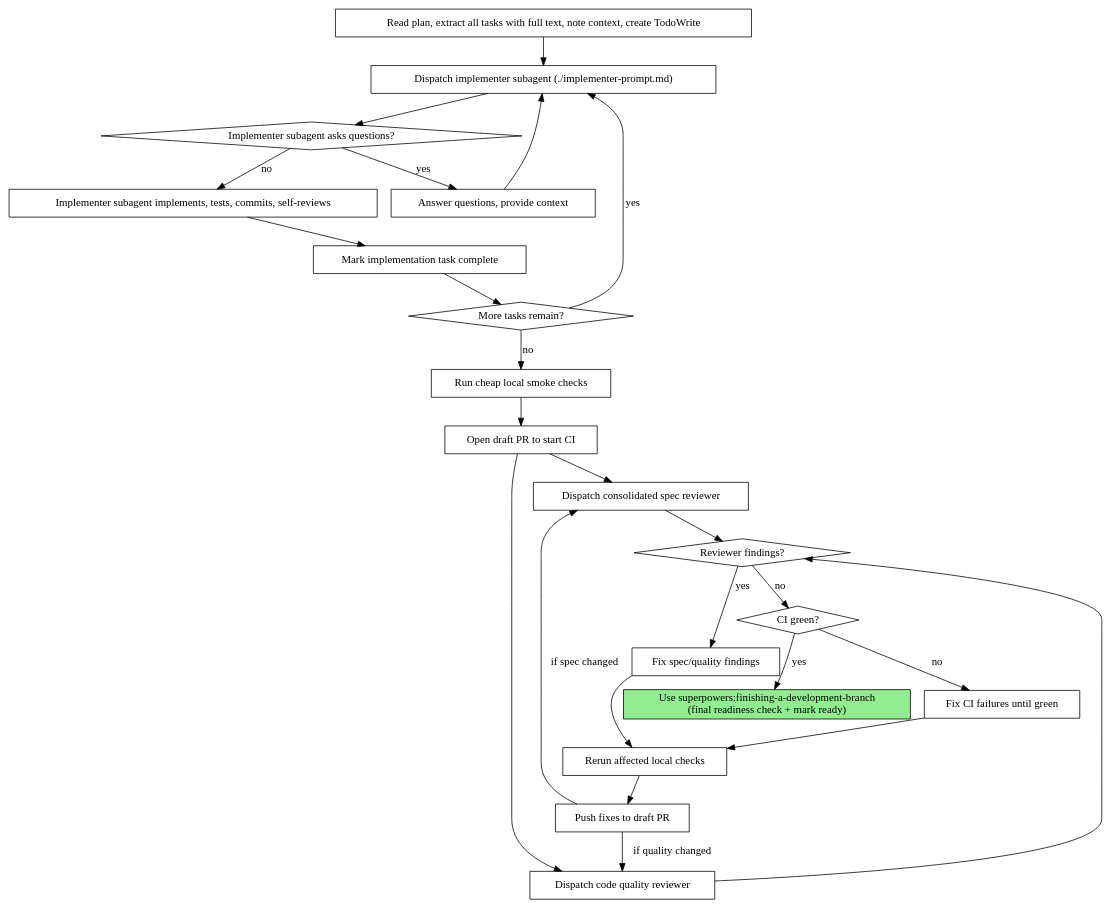
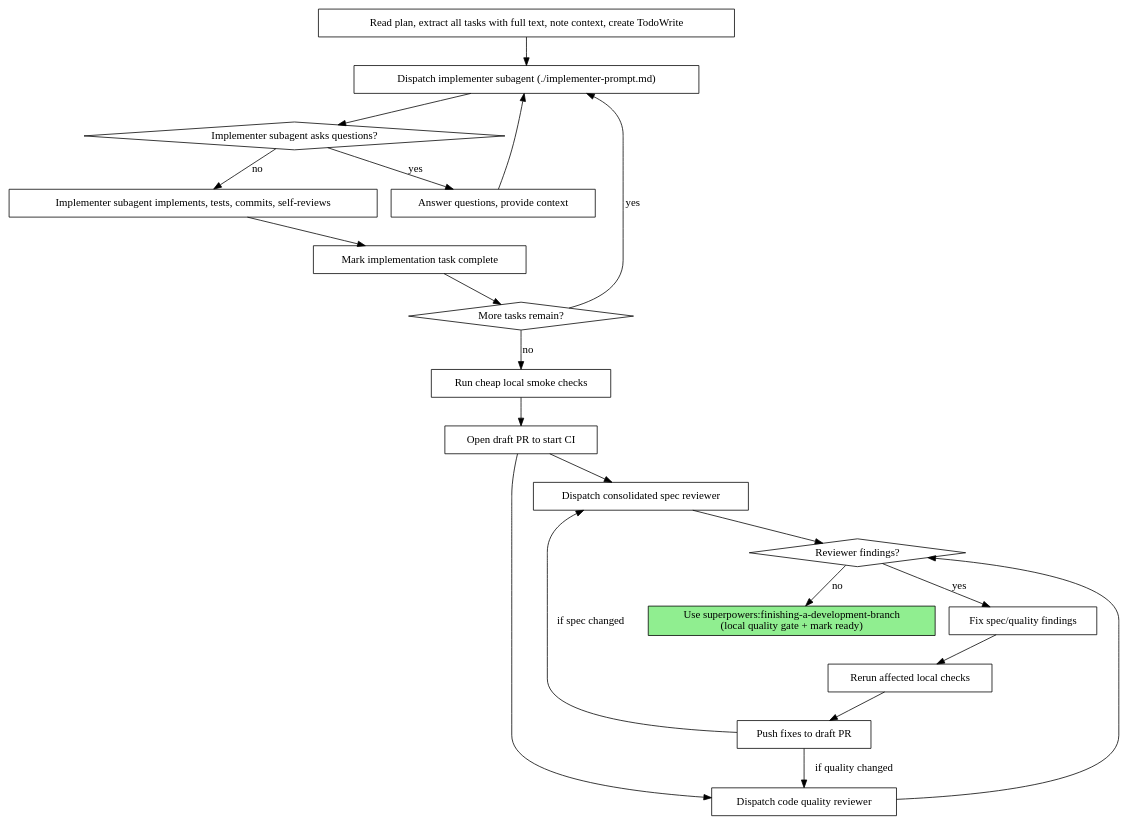
One commit to membphis/superpowers changed the second of 2 diagrams in skills/subagent-driven-development/SKILL.md. Above: the diagram before and after it, drawn with Graphviz. The commit also changed other lines of this file and 4 other files, not shown here.

````diff
--- a/skills/subagent-driven-development/SKILL.md
+++ b/skills/subagent-driven-development/SKILL.md
@@ -45,48 +45,43 @@
 ```dot
 digraph process {
     rankdir=TB;
 
     "Read plan, extract all tasks with full text, note context, create TodoWrite" [shape=box];
     "Dispatch implementer subagent (./implementer-prompt.md)" [shape=box];
     "Implementer subagent asks questions?" [shape=diamond];
     "Answer questions, provide context" [shape=box];
     "Implementer subagent implements, tests, commits, self-reviews" [shape=box];
     "Mark implementation task complete" [shape=box];
     "More tasks remain?" [shape=diamond];
     "Run cheap local smoke checks" [shape=box];
     "Open draft PR to start CI" [shape=box];
     "Dispatch consolidated spec reviewer" [shape=box];
     "Dispatch code quality reviewer" [shape=box];
     "Reviewer findings?" [shape=diamond];
     "Fix spec/quality findings" [shape=box];
     "Rerun affected local checks" [shape=box];
     "Push fixes to draft PR" [shape=box];
-    "CI green?" [shape=diamond];
-    "Fix CI failures until green" [shape=box];
-    "Use superpowers:finishing-a-development-branch\n(final readiness check + mark ready)" [shape=box style=filled fillcolor=lightgreen];
+    "Use superpowers:finishing-a-development-branch\n(local quality gate + mark ready)" [shape=box style=filled fillcolor=lightgreen];
 
     "Read plan, extract all tasks with full text, note context, create TodoWrite" -> "Dispatch implementer subagent (./implementer-prompt.md)";
     "Dispatch implementer subagent (./implementer-prompt.md)" -> "Implementer subagent asks questions?";
     "Implementer subagent asks questions?" -> "Answer questions, provide context" [label="yes"];
     "Answer questions, provide context" -> "Dispatch implementer subagent (./implementer-prompt.md)";
     "Implementer subagent asks questions?" -> "Implementer subagent implements, tests, commits, self-reviews" [label="no"];
     "Implementer subagent implements, tests, commits, self-reviews" -> "Mark implementation task complete";
     "Mark implementation task complete" -> "More tasks remain?";
     "More tasks remain?" -> "Dispatch implementer subagent (./implementer-prompt.md)" [label="yes"];
     "More tasks remain?" -> "Run cheap local smoke checks" [label="no"];
     "Run cheap local smoke checks" -> "Open draft PR to start CI";
     "Open draft PR to start CI" -> "Dispatch consolidated spec reviewer";
     "Open draft PR to start CI" -> "Dispatch code quality reviewer";
     "Dispatch consolidated spec reviewer" -> "Reviewer findings?";
     "Dispatch code quality reviewer" -> "Reviewer findings?";
     "Reviewer findings?" -> "Fix spec/quality findings" [label="yes"];
     "Fix spec/quality findings" -> "Rerun affected local checks";
     "Rerun affected local checks" -> "Push fixes to draft PR";
     "Push fixes to draft PR" -> "Dispatch consolidated spec reviewer" [label="if spec changed"];
     "Push fixes to draft PR" -> "Dispatch code quality reviewer" [label="if quality changed"];
-    "Reviewer findings?" -> "CI green?" [label="no"];
-    "CI green?" -> "Fix CI failures until green" [label="no"];
-    "Fix CI failures until green" -> "Rerun affected local checks";
-    "CI green?" -> "Use superpowers:finishing-a-development-branch\n(final readiness check + mark ready)" [label="yes"];
+    "Reviewer findings?" -> "Use superpowers:finishing-a-development-branch\n(local quality gate + mark ready)" [label="no"];
 }
 ```
````
